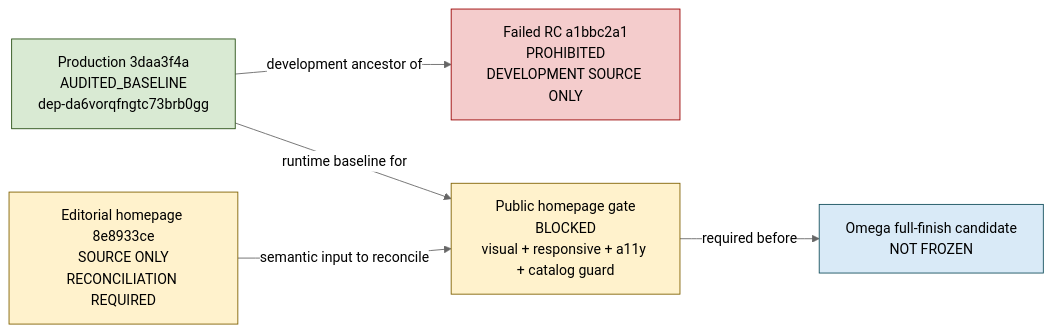
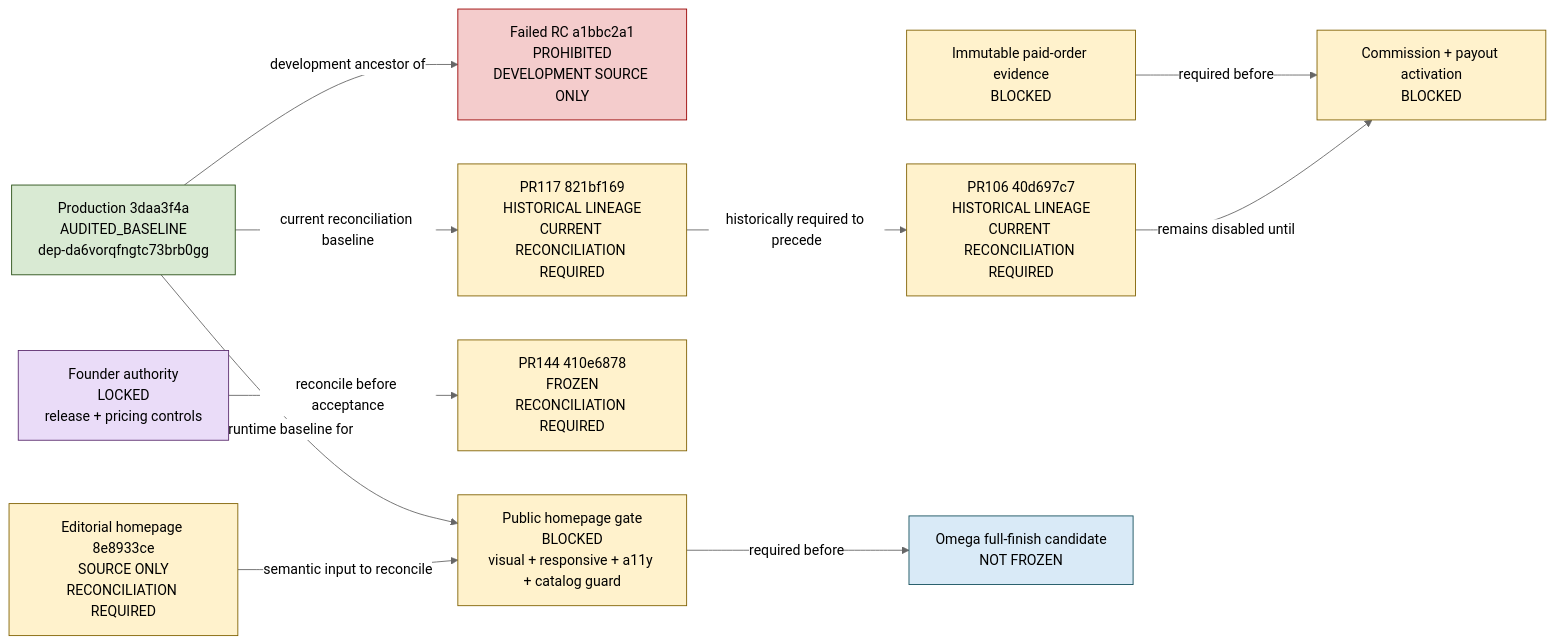
The diagram in docs/coordination/ACTIVE_RELEASE_GRAPH.mmd (teamxenios/xenios-website), drawn with Mermaid (neutral theme) before and after one commit. The commit also changed 11 other files, not shown here.

Commit message:
fix(release): preserve historical authority in current controls

```diff
--- a/docs/coordination/ACTIVE_RELEASE_GRAPH.mmd
+++ b/docs/coordination/ACTIVE_RELEASE_GRAPH.mmd
@@ -1,20 +1,35 @@
 flowchart LR
+  %% Current control-plane graph. Exact 2026-07-30 facts are preserved in
+  %% docs/coordination/history and are historical, not current attestations.
   PROD["Production 3daa3f4a<br/>AUDITED_BASELINE<br/>dep-da6vorqfngtc73brb0gg"]
   FAILED["Failed RC a1bbc2a1<br/>PROHIBITED<br/>DEVELOPMENT SOURCE ONLY"]
   EDITORIAL["Editorial homepage 8e8933ce<br/>SOURCE ONLY<br/>RECONCILIATION REQUIRED"]
+  PR117["PR117 821bf169<br/>HISTORICAL LINEAGE<br/>CURRENT RECONCILIATION REQUIRED"]
+  PR106["PR106 40d697c7<br/>HISTORICAL LINEAGE<br/>CURRENT RECONCILIATION REQUIRED"]
+  PR144["PR144 410e6878<br/>FROZEN<br/>RECONCILIATION REQUIRED"]
+  FOUNDER["Founder authority<br/>LOCKED<br/>release + pricing controls"]
+  ORDER_EVIDENCE["Immutable paid-order evidence<br/>BLOCKED"]
+  PAYOUT["Commission + payout activation<br/>BLOCKED"]
   HOME["Public homepage gate<br/>BLOCKED<br/>visual + responsive + a11y + catalog guard"]
   RC["Omega full-finish candidate<br/>NOT FROZEN"]
 
   PROD -->|development ancestor of| FAILED
   PROD -->|runtime baseline for| HOME
   EDITORIAL -->|semantic input to reconcile| HOME
+  PROD -->|current reconciliation baseline| PR117
+  PR117 -->|historically required to precede| PR106
+  FOUNDER -->|reconcile before acceptance| PR144
+  ORDER_EVIDENCE -->|required before| PAYOUT
+  PR106 -->|remains disabled until| PAYOUT
   HOME -->|required before| RC
 
   classDef baseline fill:#d9ead3,stroke:#274e13,color:#000;
   classDef prohibited fill:#f4cccc,stroke:#990000,color:#000;
   classDef gate fill:#fff2cc,stroke:#7f6000,color:#000;
+  classDef authority fill:#eadcf8,stroke:#5b2c6f,color:#000;
   classDef candidate fill:#d9eaf7,stroke:#134f5c,color:#000;
   class PROD baseline;
   class FAILED prohibited;
-  class EDITORIAL,HOME gate;
+  class EDITORIAL,PR117,PR106,PR144,ORDER_EVIDENCE,PAYOUT,HOME gate;
+  class FOUNDER authority;
   class RC candidate;
```
